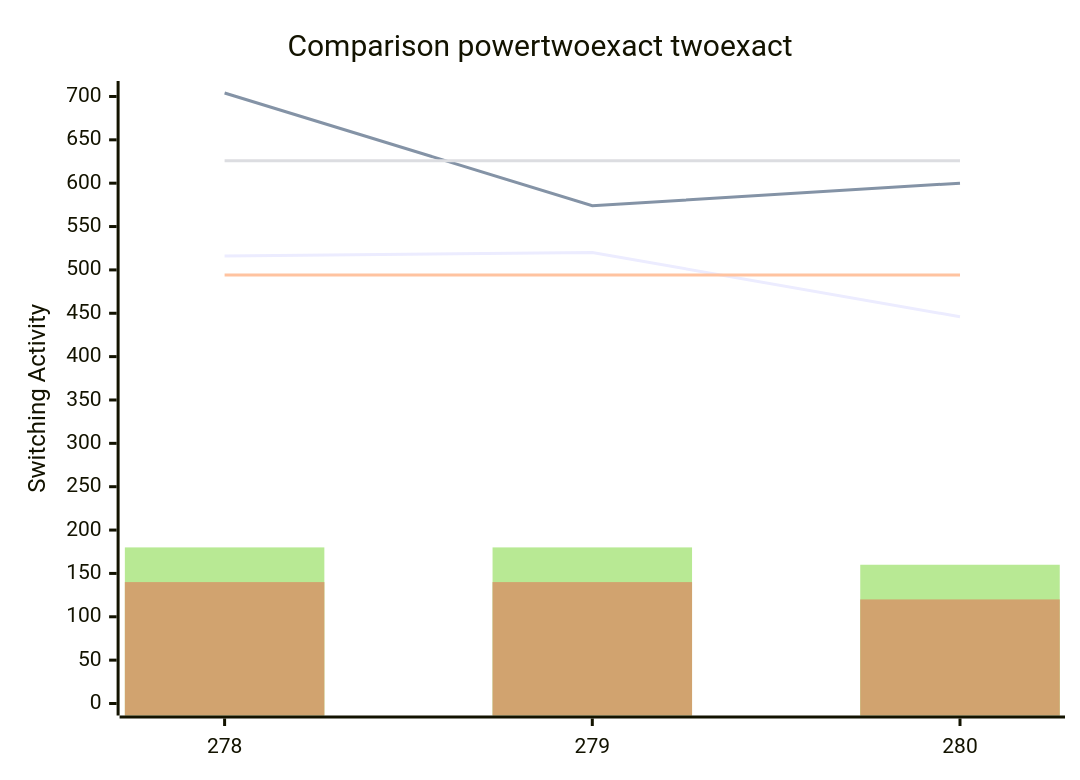
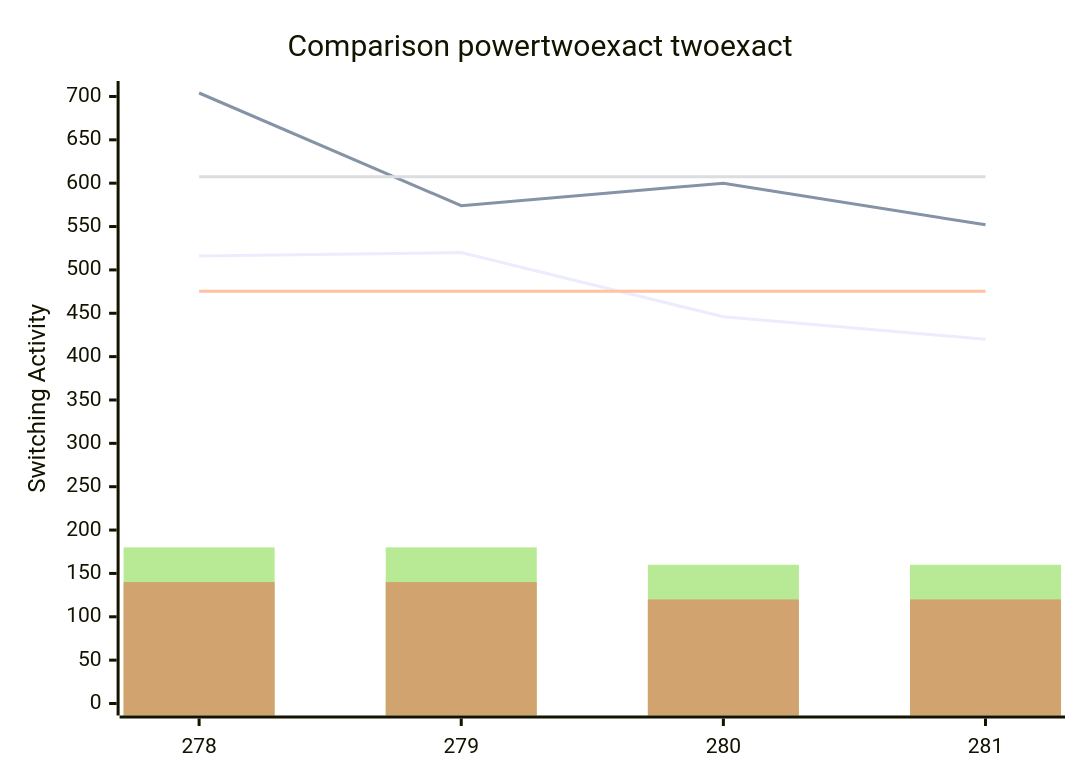
One commit to FeldmeierMichael/Exact-Power-Synthesis changed the diagram in benchmark_opt_500_2.md. Above: the diagram before and after it, drawn with Mermaid. The commit also changed other lines of this file, not shown here.

````diff
--- a/benchmark_opt_500_2.md
+++ b/benchmark_opt_500_2.md
@@ -7,12 +9,12 @@
 ```mermaid
 xychart-beta
     title "Comparison powertwoexact twoexact"
-    x-axis [278, 279, 280]
+    x-axis [278, 279, 280, 281]
     y-axis "Switching Activity" 0-->704
-    line [516, 520, 446]
-    line [704, 574, 600]
-    line [494.0, 494.0, 494.0]
-    line [626.0, 626.0, 626.0]
-    bar [180, 180, 160]
-    bar [140, 140, 120]
+    line [516, 520, 446, 420]
+    line [704, 574, 600, 552]
+    line [475.5, 475.5, 475.5, 475.5]
+    line [607.5, 607.5, 607.5, 607.5]
+    bar [180, 180, 160, 160]
+    bar [140, 140, 120, 120]
 ```
````
